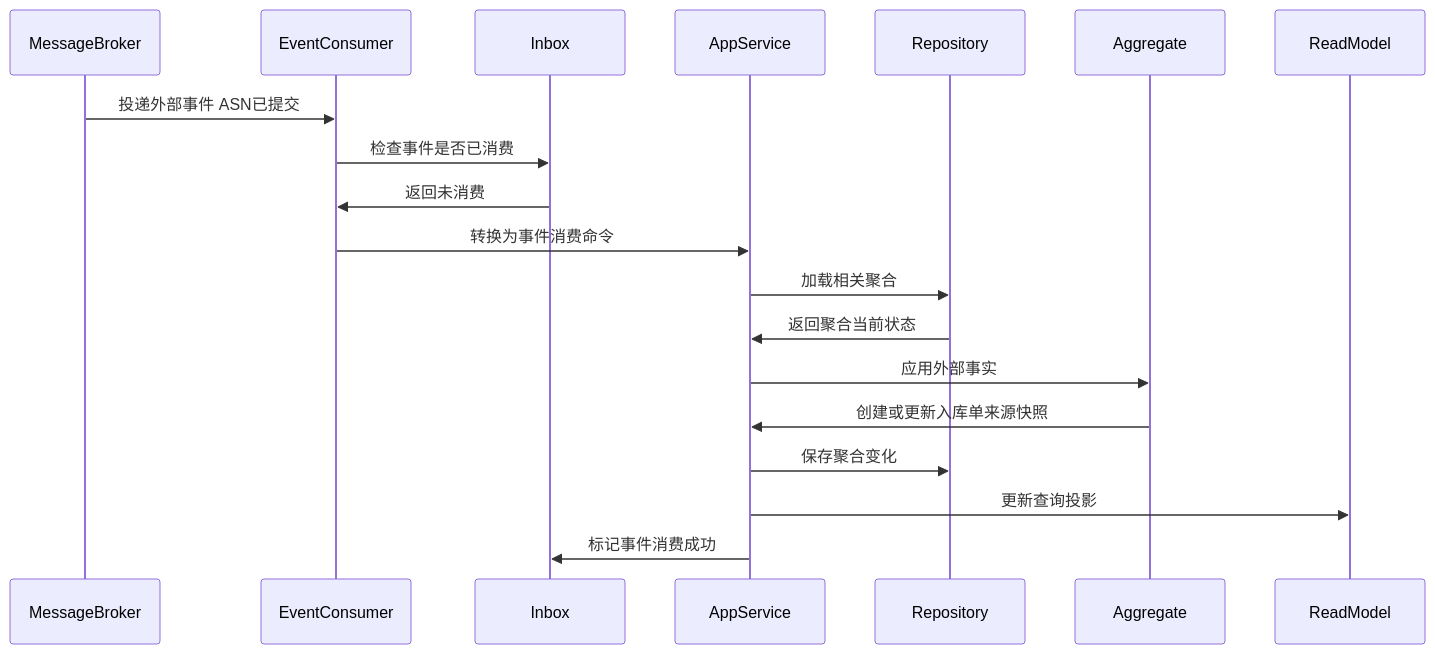
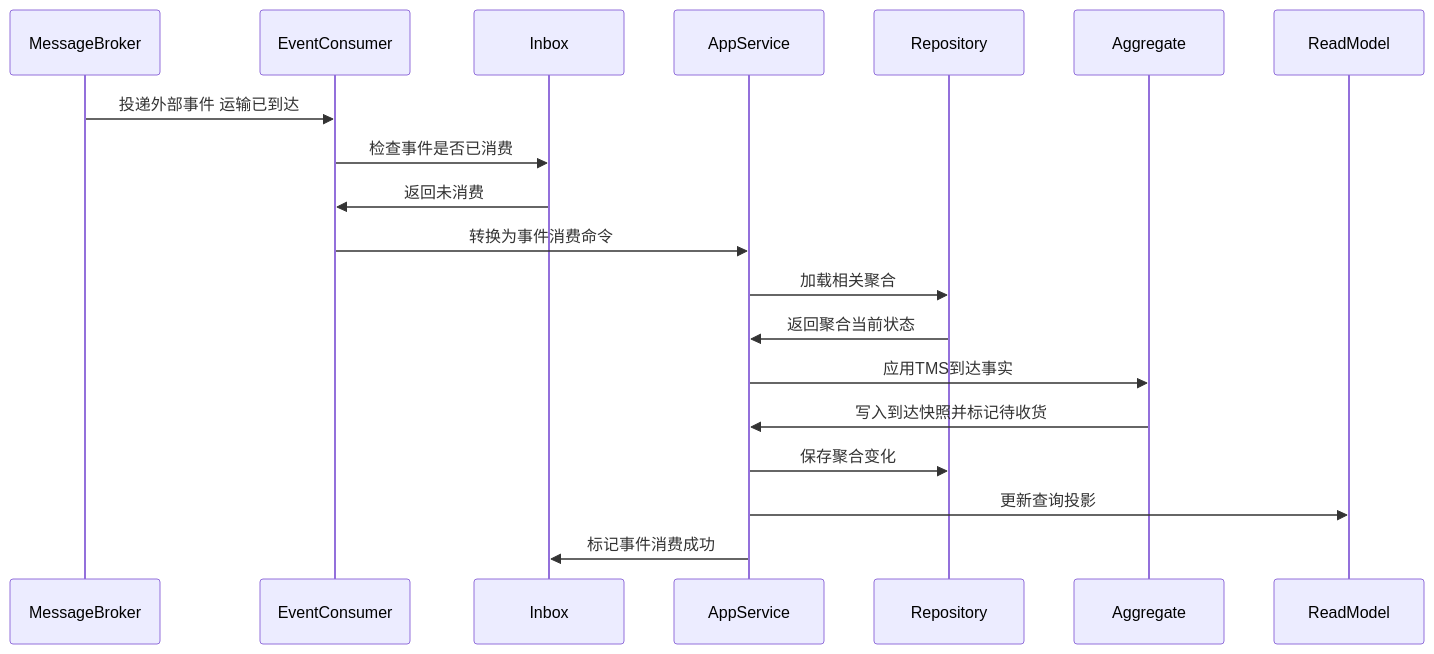
One commit to chao1927/scm changed the fifth of 6 diagrams in docs/03-核心业务模型/03-WMS领域模型/02-入库单聚合CQRS设计.md. Above: the diagram before and after it, drawn with Mermaid. The commit also changed other lines of this file and 118 other files, not shown here.

````diff
--- a/docs/03-核心业务模型/03-WMS领域模型/02-入库单聚合CQRS设计.md
+++ b/docs/03-核心业务模型/03-WMS领域模型/02-入库单聚合CQRS设计.md
@@ -233,22 +237,22 @@
 ```mermaid
 sequenceDiagram
     participant MessageBroker
     participant EventConsumer
     participant Inbox
     participant AppService
     participant Repository
     participant Aggregate
     participant ReadModel
 
-    MessageBroker->>EventConsumer: 投递外部事件 ASN已提交
+    MessageBroker->>EventConsumer: 投递外部事件 运输已到达
     EventConsumer->>Inbox: 检查事件是否已消费
     Inbox->>EventConsumer: 返回未消费
     EventConsumer->>AppService: 转换为事件消费命令
     AppService->>Repository: 加载相关聚合
     Repository->>AppService: 返回聚合当前状态
-    AppService->>Aggregate: 应用外部事实
-    Aggregate->>AppService: 创建或更新入库单来源快照
+    AppService->>Aggregate: 应用TMS到达事实
+    Aggregate->>AppService: 写入到达快照并标记待收货
     AppService->>Repository: 保存聚合变化
     AppService->>ReadModel: 更新查询投影
     AppService->>Inbox: 标记事件消费成功
 ```
````
